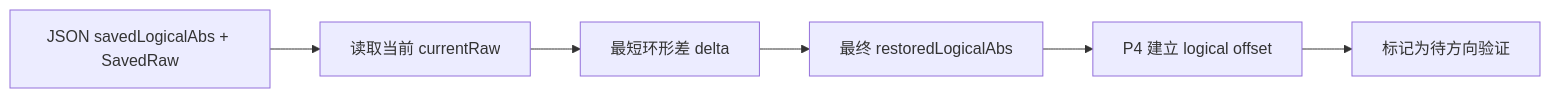
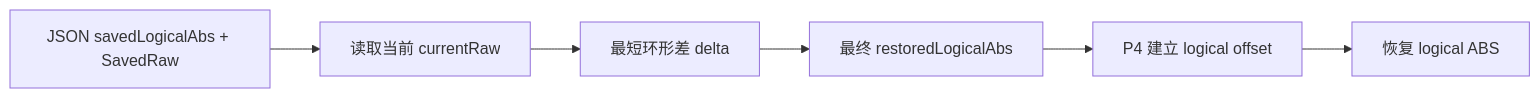
Before and after one commit to mm-hand/mmhand-core-software: the diagram in docs/multiturn_nvs_persistence.md, drawn with Mermaid. The commit also changed other lines of this file and 8 other files, not shown here.

````diff
--- a/docs/multiturn_nvs_persistence.md
+++ b/docs/multiturn_nvs_persistence.md
@@ -29,8 +29,8 @@
 ```mermaid
 flowchart LR
     A[JSON savedLogicalAbs + SavedRaw] --> B[读取当前 currentRaw]
     B --> C[最短环形差 delta]
     C --> D[最终 restoredLogicalAbs]
     D --> E[P4 建立 logical offset]
-    E --> F[标记为待方向验证]
+    E --> F[恢复 logical ABS]
 ```
````
